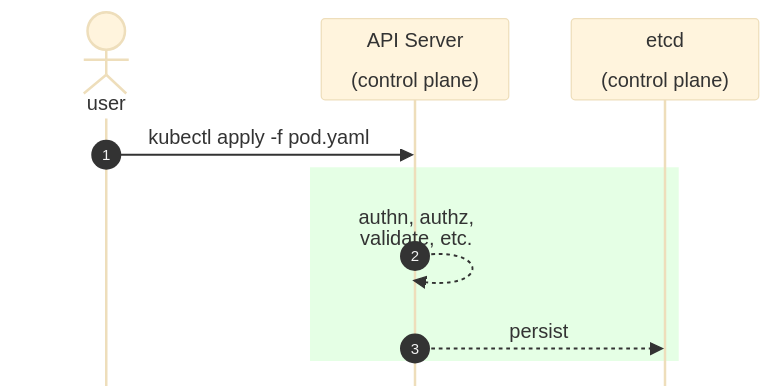
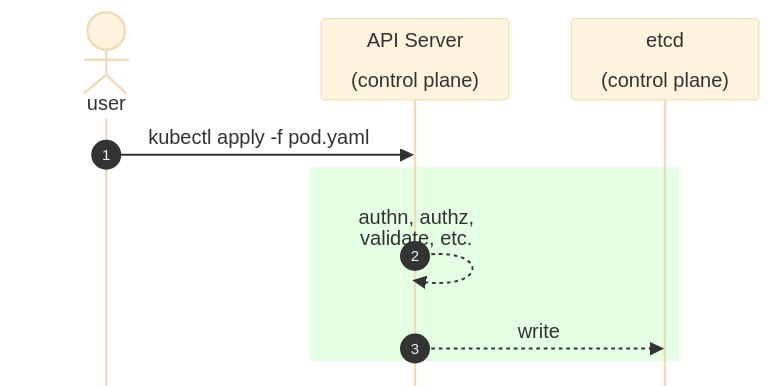
One commit to ndrpnt/slides changed the fourth of 13 diagrams in tlak/slides.md. Above: the diagram before and after it, drawn with Mermaid (base theme). The commit also changed other lines of this file, not shown here.

````diff
--- a/tlak/slides.md
+++ b/tlak/slides.md
@@ -514,13 +514,13 @@
 ```mermaid  {scale: 0.66}
 %%{init:{"mirrorActors": false, "showSequenceNumbers": true}}%%
 sequenceDiagram
     actor user
     participant api as API Server<br><br>(control plane)
     participant etcd as etcd<br><br>(control plane)
 
     user->>api: kubectl apply -f pod.yaml
     rect rgba(0, 255, 0, .1)
       api-->>api: authn, authz,<br>validate, etc.
-      api-->>etcd: persist
+      api-->>etcd: write
     end
 ```
````
